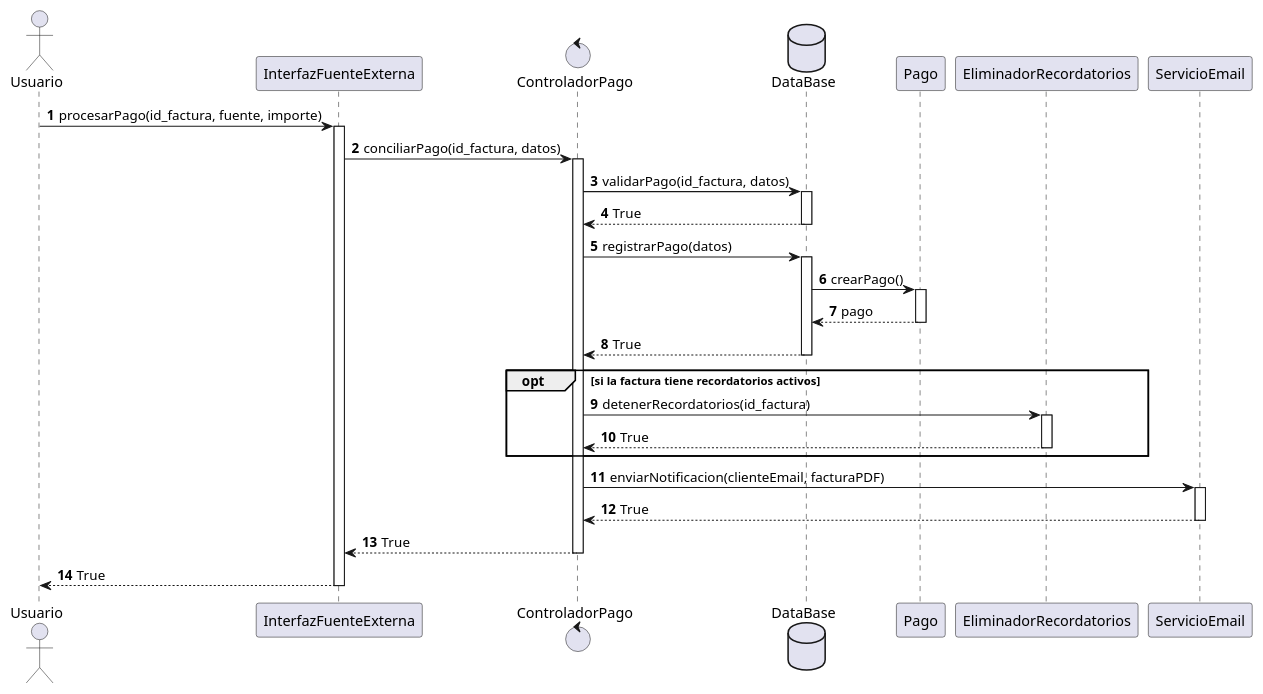
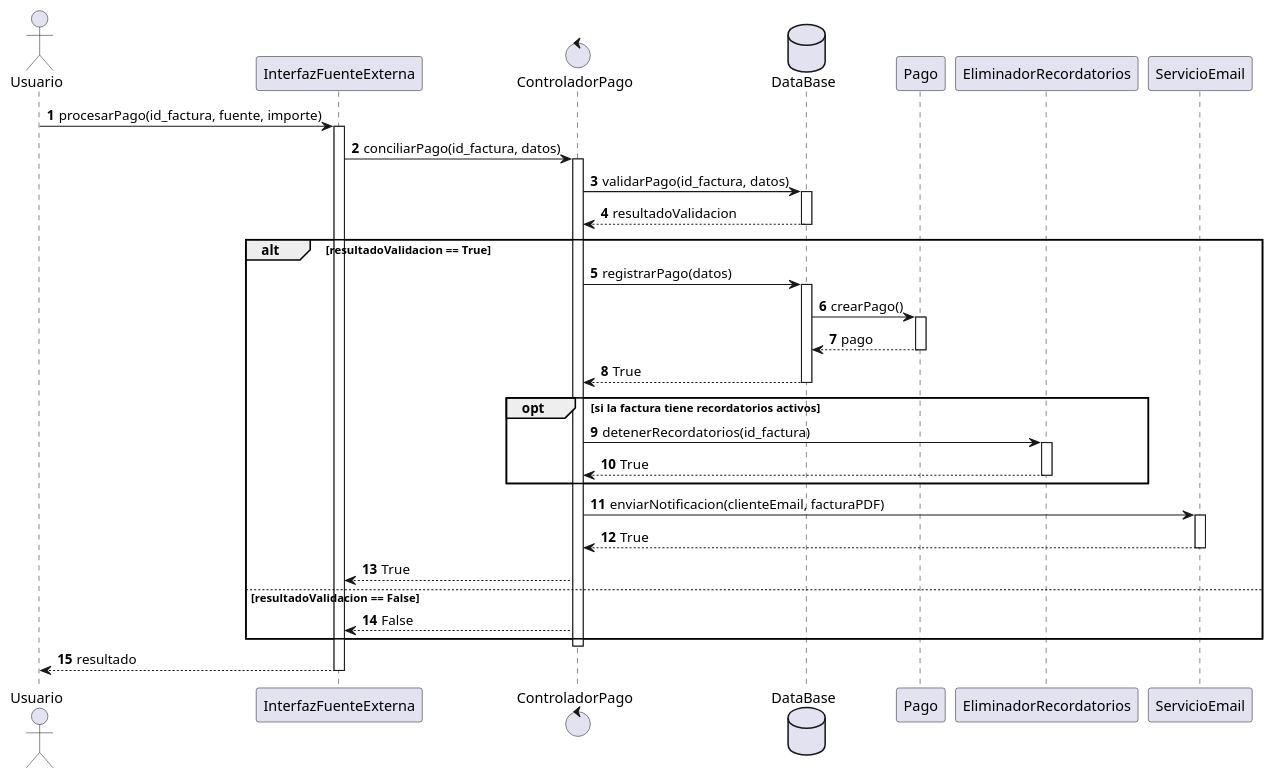
Before and after one commit to sandrardguezz/trabajo-ada: the diagram in Diagramas/DiagramasSecuencia/CU08/DiagramaSecuencia.puml, drawn with PlantUML.

Commit message:
Actualizacion del diagrama de secuencia

```diff
--- a/Diagramas/DiagramasSecuencia/CU08/DiagramaSecuencia.puml
+++ b/Diagramas/DiagramasSecuencia/CU08/DiagramaSecuencia.puml
@@ -1,54 +1,57 @@
 @startuml
 autonumber
 actor Usuario as user
 participant InterfazFuenteExterna as interfaz
 control ControladorPago as controlador
 database DataBase as database
 participant Pago
 participant EliminadorRecordatorios as recordatorios
 participant ServicioEmail as email
 
 user -> interfaz: procesarPago(id_factura, fuente, importe)
 activate interfaz
 
 interfaz -> controlador: conciliarPago(id_factura, datos)
 activate controlador
 
 controlador -> database: validarPago(id_factura, datos)
 activate database
-database --> controlador: True
+database --> controlador: resultadoValidacion
 deactivate database
 
-controlador -> database: registrarPago(datos)
-activate database
+alt resultadoValidacion == True
+  controlador -> database: registrarPago(datos)
+  activate database
+  database -> Pago: crearPago()
+  activate Pago
+  Pago --> database: pago
+  deactivate Pago
+  database --> controlador: True
+  deactivate database
 
-
-database -> Pago: crearPago()
-activate Pago
-Pago --> database: pago
-deactivate Pago
-
-database --> controlador: True
-deactivate database
-
-opt si la factura tiene recordatorios activos
+  opt si la factura tiene recordatorios activos
        controlador -> recordatorios: detenerRecordatorios(id_factura)
        activate recordatorios
        recordatorios --> controlador: True
        deactivate recordatorios
+  end
+  
+  controlador -> email: enviarNotificacion(clienteEmail, facturaPDF)
+  activate email
+  email --> controlador: True 
+'Aqui si se pone la respuesta, porque se considera que se debe mandar el email de la factura, para que el flujo     siga, no como en el ejemplo de clase'
+  deactivate email
+
+  controlador --> interfaz: True
+else resultadoValidacion == False
+  controlador --> interfaz: False
+'Hay un error en el pago'
 end
 
-controlador -> email: enviarNotificacion(clienteEmail, facturaPDF)
-activate email
-email --> controlador: True 
-'Aqui si se pone la respuesta, porque se considera que se debe mandar el emial de la factura, para que el flujo siga, no como en el ejemplo de clase'
-deactivate email
-
-controlador --> interfaz: True
 deactivate controlador
 
-interfaz --> user: True
+interfaz --> user: resultado
 deactivate interfaz
 
 
 @enduml
```
